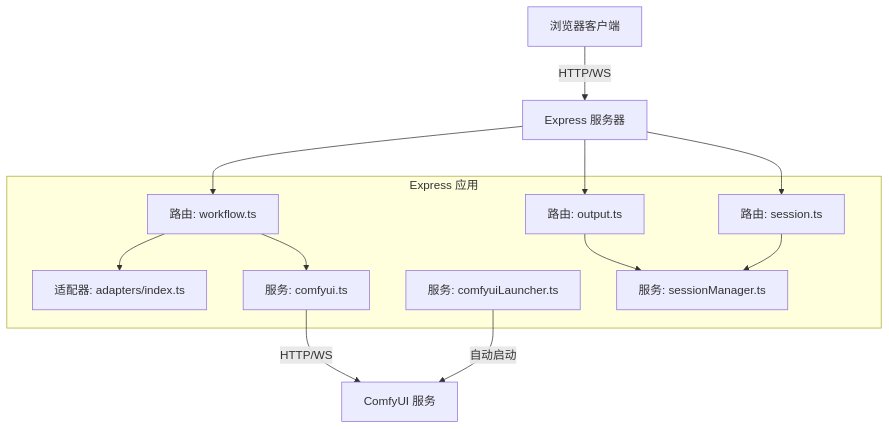
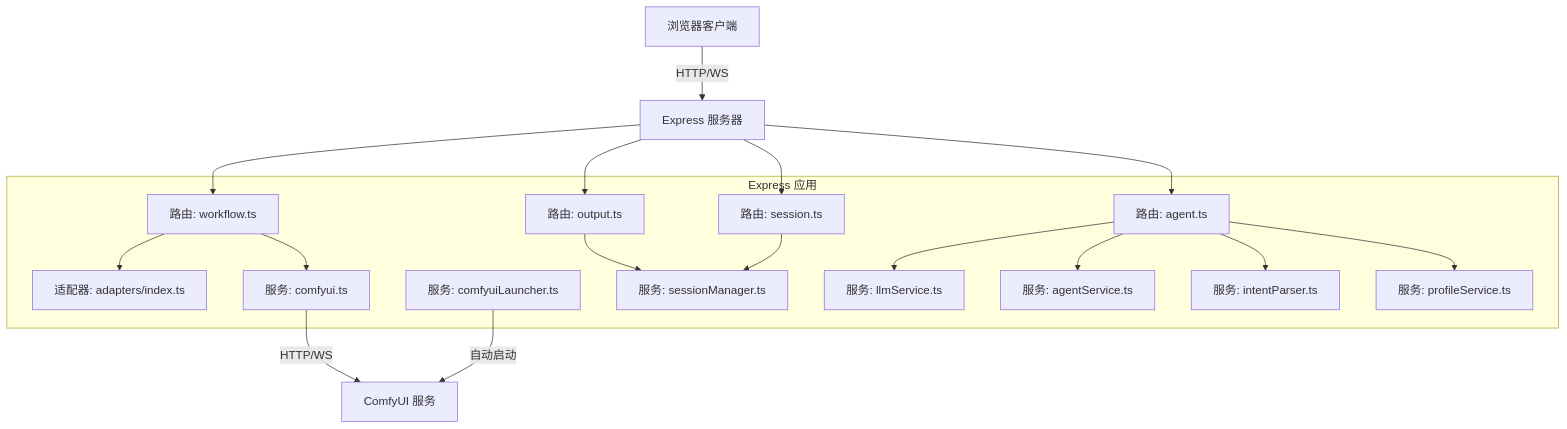
The first of 8 diagrams in .qoder/repowiki/zh/content/后端服务/后端服务.md (billye220670/CorineKit_Pix2Real), drawn with Mermaid before and after one commit. The commit also changed other lines of this file and 11 other files, not shown here.

````diff
--- a/.qoder/repowiki/zh/content/后端服务/后端服务.md
+++ b/.qoder/repowiki/zh/content/后端服务/后端服务.md
@@ -51,22 +57,32 @@
 ```mermaid
 graph TB
 subgraph "Express 应用"
 R1["路由: workflow.ts"]
 R2["路由: output.ts"]
 R3["路由: session.ts"]
+R4["路由: agent.ts"]
 S1["服务: comfyui.ts"]
 S2["服务: sessionManager.ts"]
 S3["服务: comfyuiLauncher.ts"]
+S4["服务: llmService.ts"]
+S5["服务: agentService.ts"]
+S6["服务: intentParser.ts"]
+S7["服务: profileService.ts"]
 A1["适配器: adapters/index.ts"]
 end
 Client["浏览器客户端"] --> |HTTP/WS| Express["Express 服务器"]
 Express --> R1
 Express --> R2
 Express --> R3
+Express --> R4
 R1 --> A1
 R1 --> S1
 R2 --> S2
 R3 --> S2
+R4 --> S4
+R4 --> S5
+R4 --> S6
+R4 --> S7
 S1 --> |HTTP/WS| ComfyUI["ComfyUI 服务"]
 S3 --> |自动启动| ComfyUI
 ```
````
